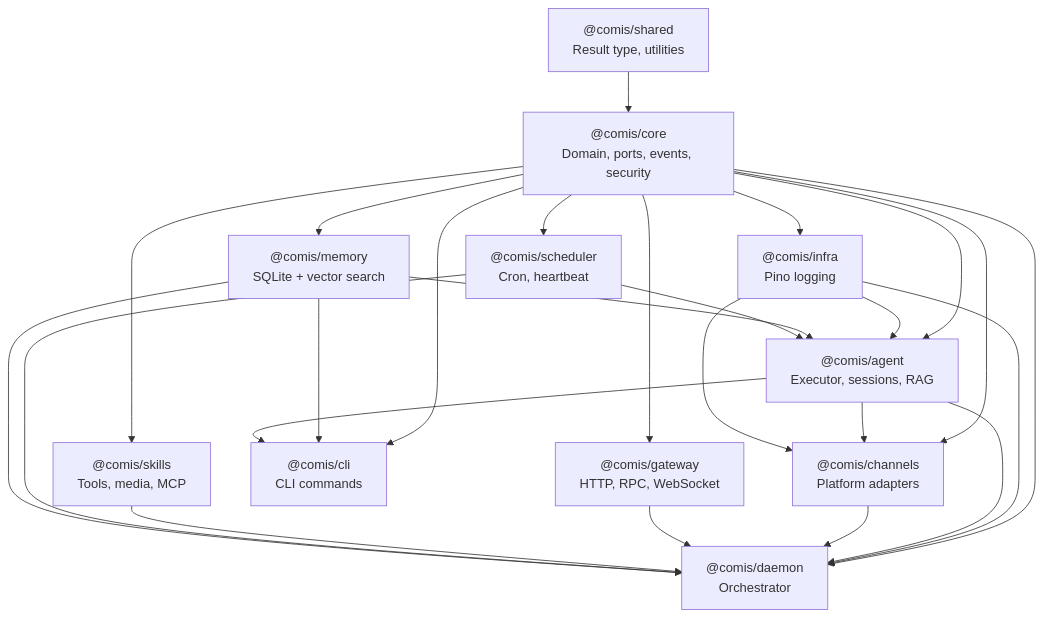
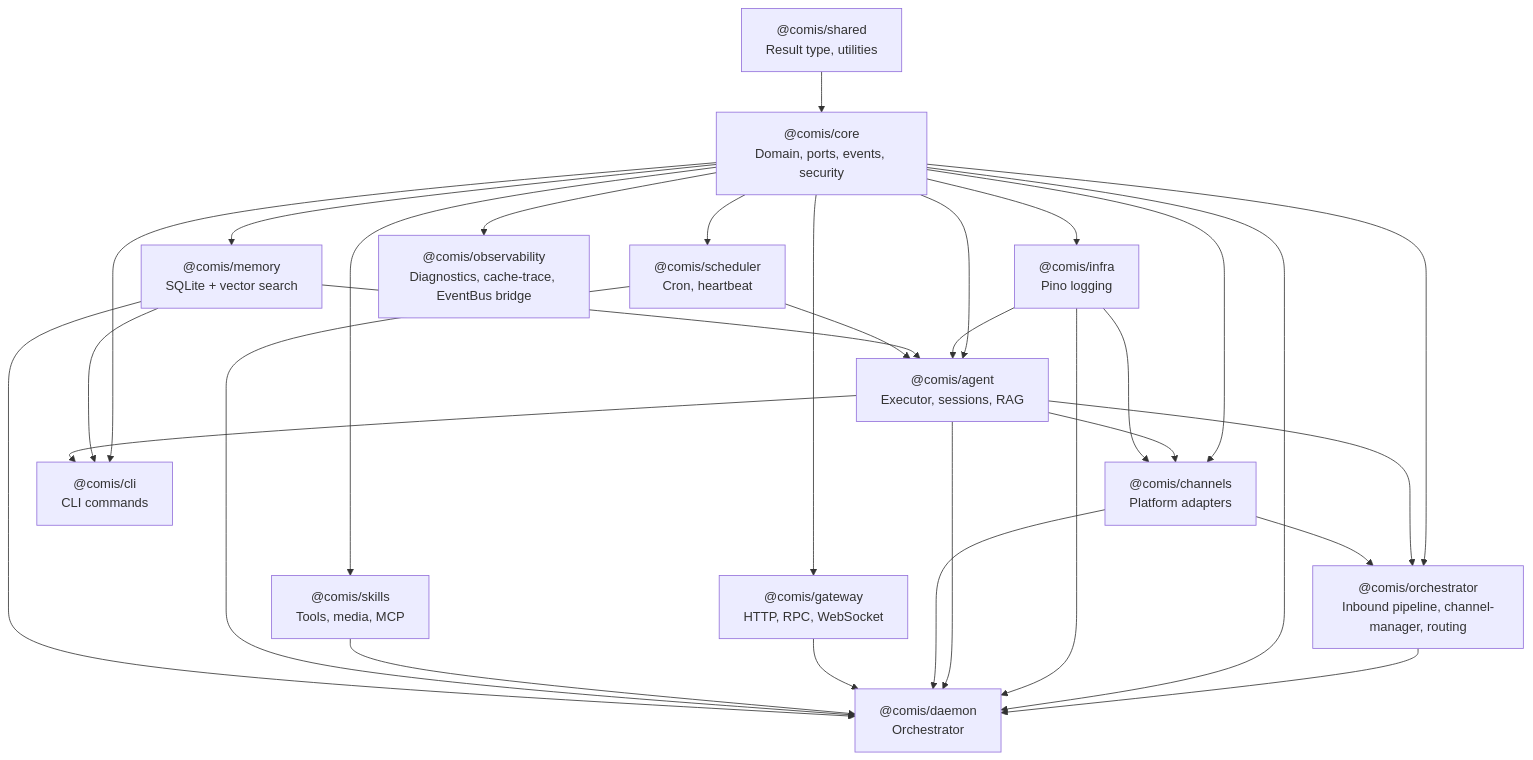
The second of 2 diagrams in docs/developer-guide/architecture.mdx (comisai/comis), drawn with Mermaid before and after one commit. The commit also changed other lines of this file and 70 other files, not shown here.

````diff
--- a/docs/developer-guide/architecture.mdx
+++ b/docs/developer-guide/architecture.mdx
@@ -257,39 +257,46 @@
 ```mermaid
 graph TD
     shared["@comis/shared<br/>Result type, utilities"]
     core["@comis/core<br/>Domain, ports, events, security"]
     infra["@comis/infra<br/>Pino logging"]
     memory["@comis/memory<br/>SQLite + vector search"]
     gateway["@comis/gateway<br/>HTTP, RPC, WebSocket"]
     skills["@comis/skills<br/>Tools, media, MCP"]
     scheduler["@comis/scheduler<br/>Cron, heartbeat"]
     agent["@comis/agent<br/>Executor, sessions, RAG"]
     channels["@comis/channels<br/>Platform adapters"]
+    observability["@comis/observability<br/>Diagnostics, cache-trace, EventBus bridge"]
+    orchestrator["@comis/orchestrator<br/>Inbound pipeline, channel-manager, routing"]
     cli["@comis/cli<br/>CLI commands"]
     daemon["@comis/daemon<br/>Orchestrator"]
 
     shared --> core
     core --> infra
     core --> memory
     core --> gateway
     core --> skills
     core --> scheduler
     core --> agent
     infra --> agent
     memory --> agent
     scheduler --> agent
     core --> channels
     agent --> channels
     infra --> channels
+    core --> observability
+    core --> orchestrator
+    agent --> orchestrator
+    channels --> orchestrator
+    orchestrator --> daemon
     core --> cli
     memory --> cli
     agent --> cli
     core --> daemon
     infra --> daemon
     agent --> daemon
     channels --> daemon
     gateway --> daemon
     skills --> daemon
     scheduler --> daemon
     memory --> daemon
 ```
````
